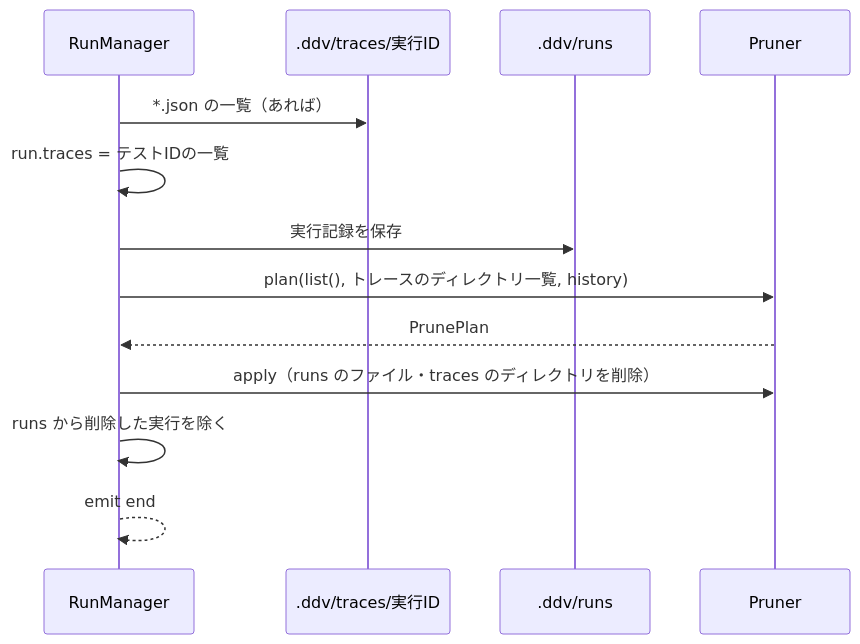
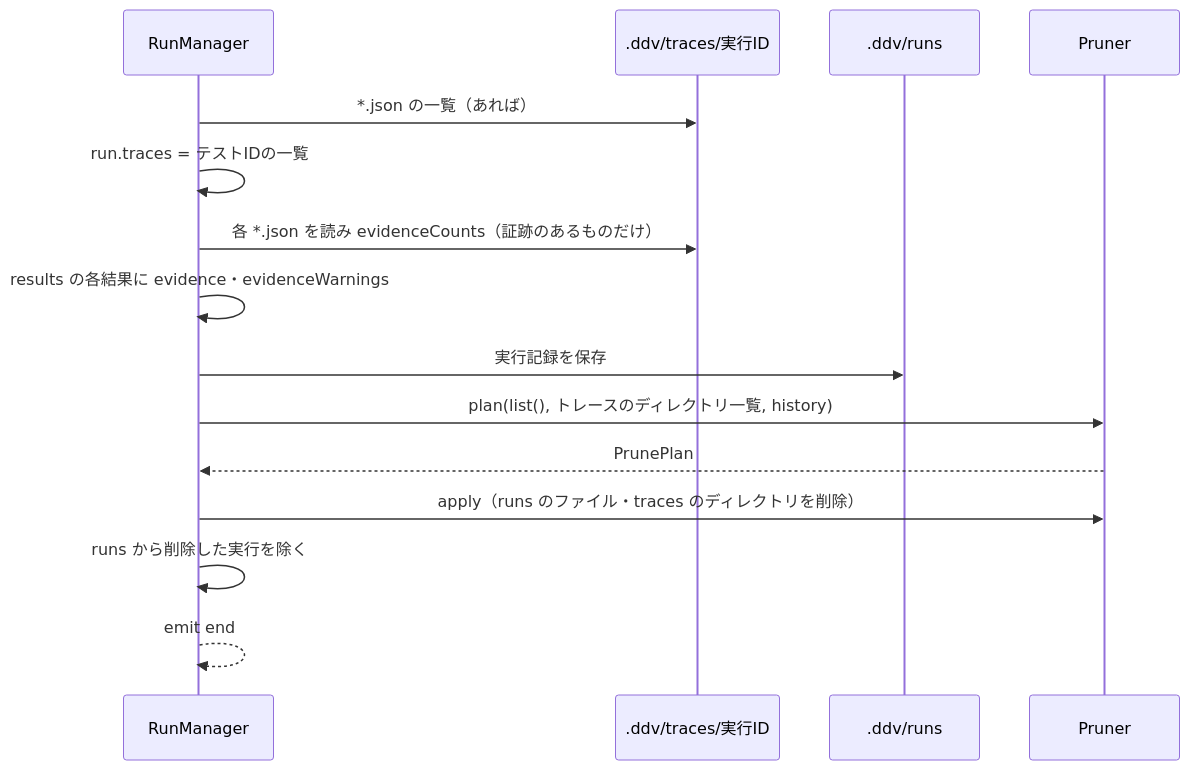
Before and after one commit to p-o-ke-nae/design-document: the fifth of 7 diagrams in docs/design/detailed/run-record.md, drawn with Mermaid. The commit also changed other lines of this file and 18 other files, not shown here.

````diff
--- a/docs/design/detailed/run-record.md
+++ b/docs/design/detailed/run-record.md
@@ -179,15 +180,17 @@
 ```mermaid id=finish-seq
 sequenceDiagram
   participant M as RunManager
   participant T as .ddv/traces/実行ID
   participant F as .ddv/runs
   participant P as Pruner
   M->>T: *.json の一覧（あれば）
   M->>M: run.traces = テストIDの一覧
+  M->>T: 各 *.json を読み evidenceCounts（証跡のあるものだけ）
+  M->>M: results の各結果に evidence・evidenceWarnings
   M->>F: 実行記録を保存
   M->>P: plan(list(), トレースのディレクトリ一覧, history)
   P-->>M: PrunePlan
   M->>P: apply（runs のファイル・traces のディレクトリを削除）
   M->>M: runs から削除した実行を除く
   M-->>M: emit end
 ```
````
